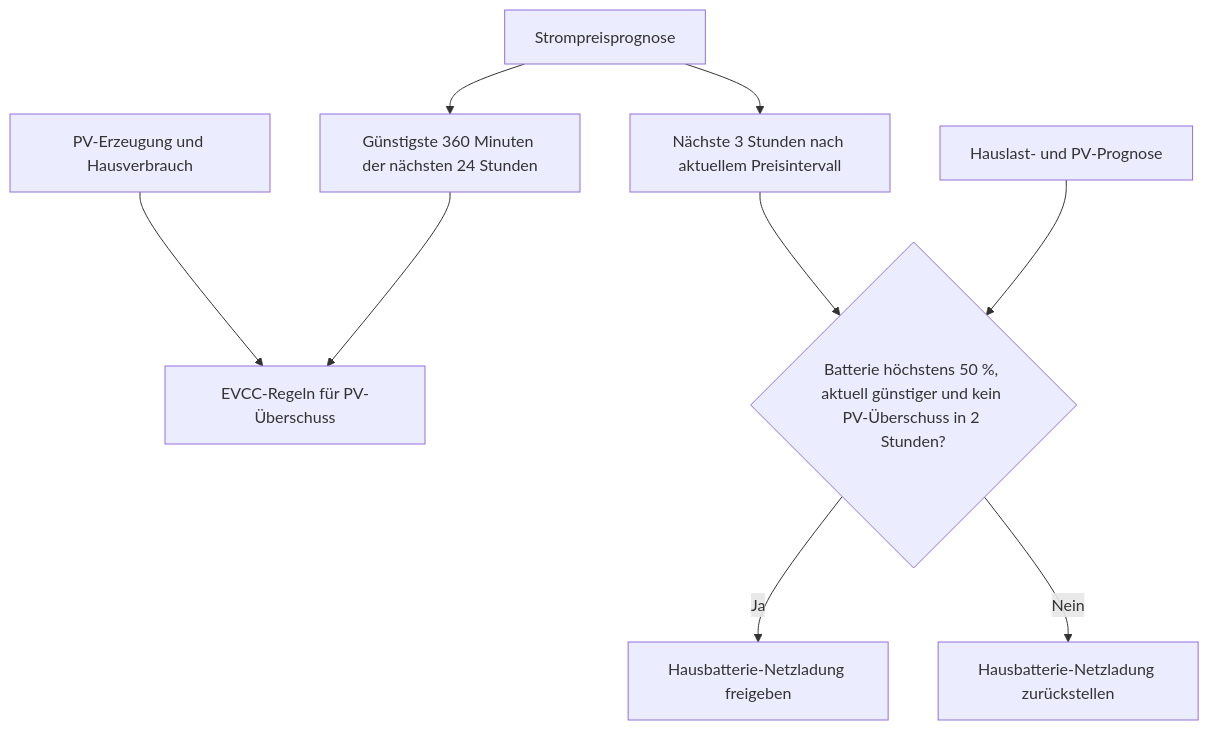
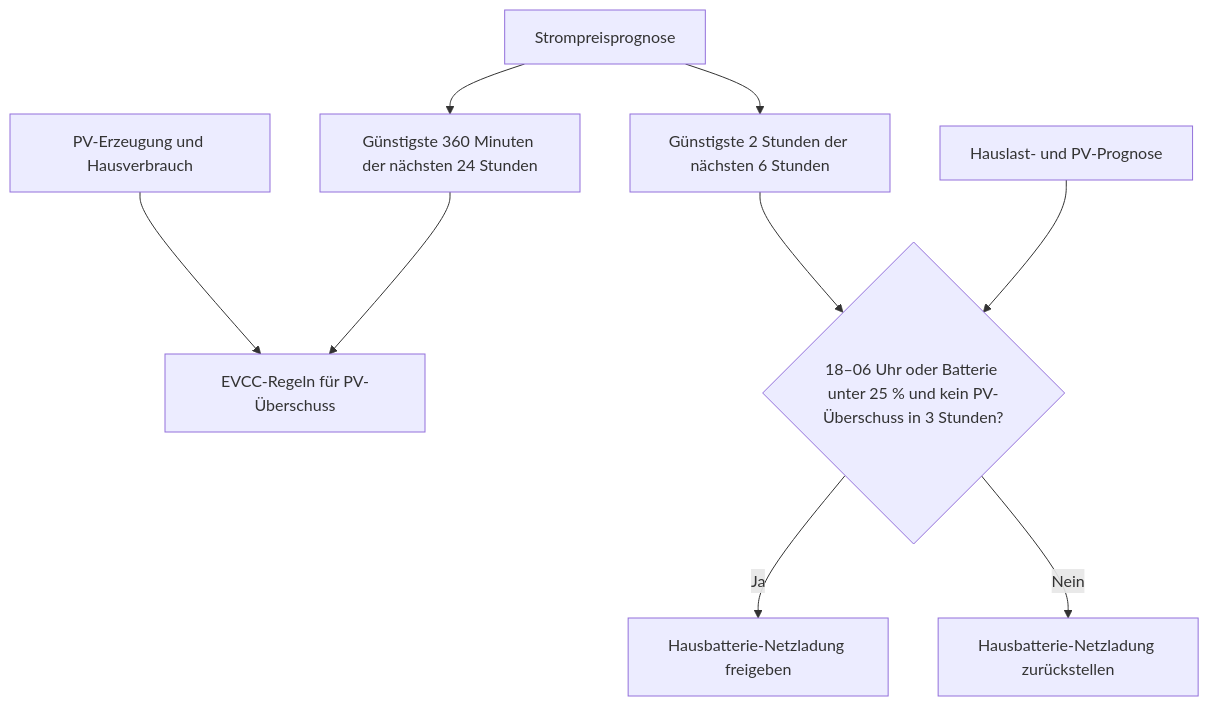
The diagram in home-assistant/evcc/EVCC_PREISOPTIMIERUNG.md (synb10se/docs), drawn with Mermaid before and after one commit. The commit also changed other lines of this file and 1 other file, not shown here.

Commit message:
Optimierung Hausbatterie

````diff
--- a/home-assistant/evcc/EVCC_PREISOPTIMIERUNG.md
+++ b/home-assistant/evcc/EVCC_PREISOPTIMIERUNG.md
@@ -15,12 +15,12 @@
 ```mermaid
 flowchart TD
     PV["PV-Erzeugung und Hausverbrauch"] --> W["EVCC-Regeln für PV-Überschuss"]
 
     P["Strompreisprognose"] --> W24["Günstigste 360 Minuten der nächsten 24 Stunden"]
     W24 --> W
-    P --> P3["Nächste 3 Stunden nach aktuellem Preisintervall"]
-    P3 --> G{"Batterie höchstens 50 %, aktuell günstiger und kein PV-Überschuss in 2 Stunden?"}
+    P --> P6["Günstigste 2 Stunden der nächsten 6 Stunden"]
+    P6 --> G{"18–06 Uhr oder Batterie unter 25 % und kein PV-Überschuss in 3 Stunden?"}
     G -->|Ja| N["Hausbatterie-Netzladung freigeben"]
     G -->|Nein| X["Hausbatterie-Netzladung zurückstellen"]
     T["Hauslast- und PV-Prognose"] --> G
 ```
````
